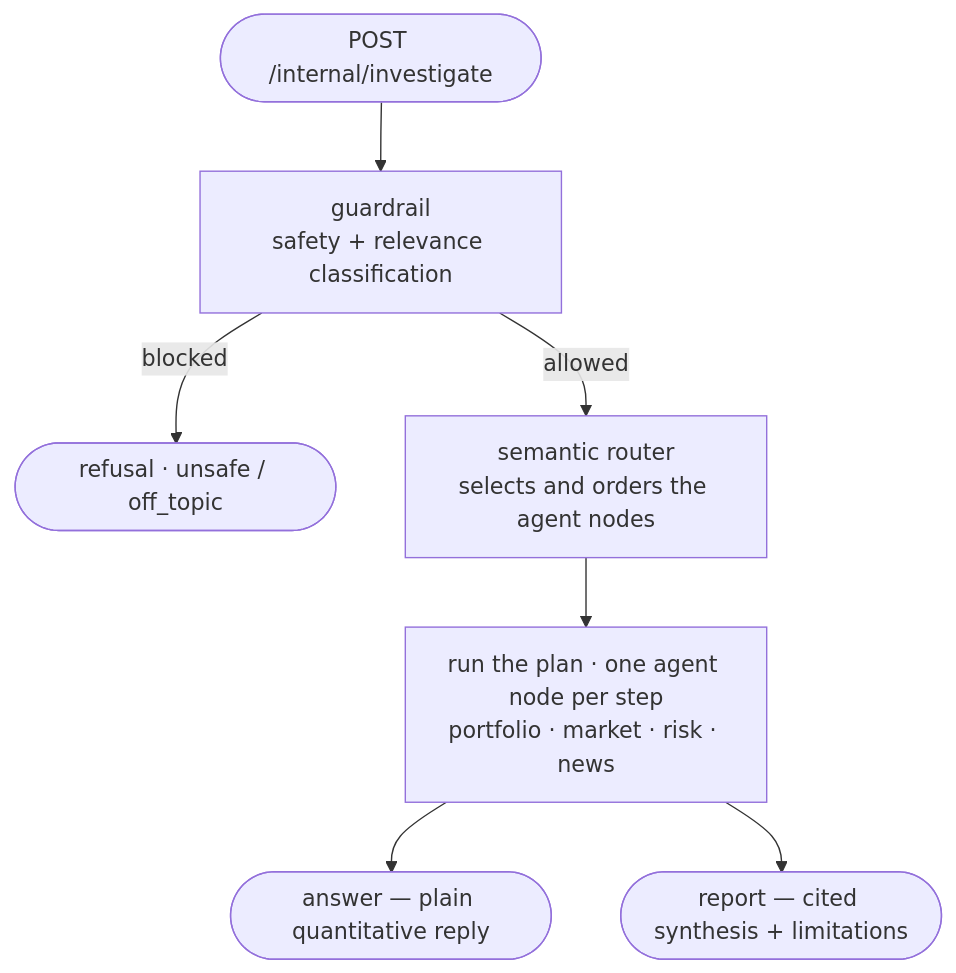
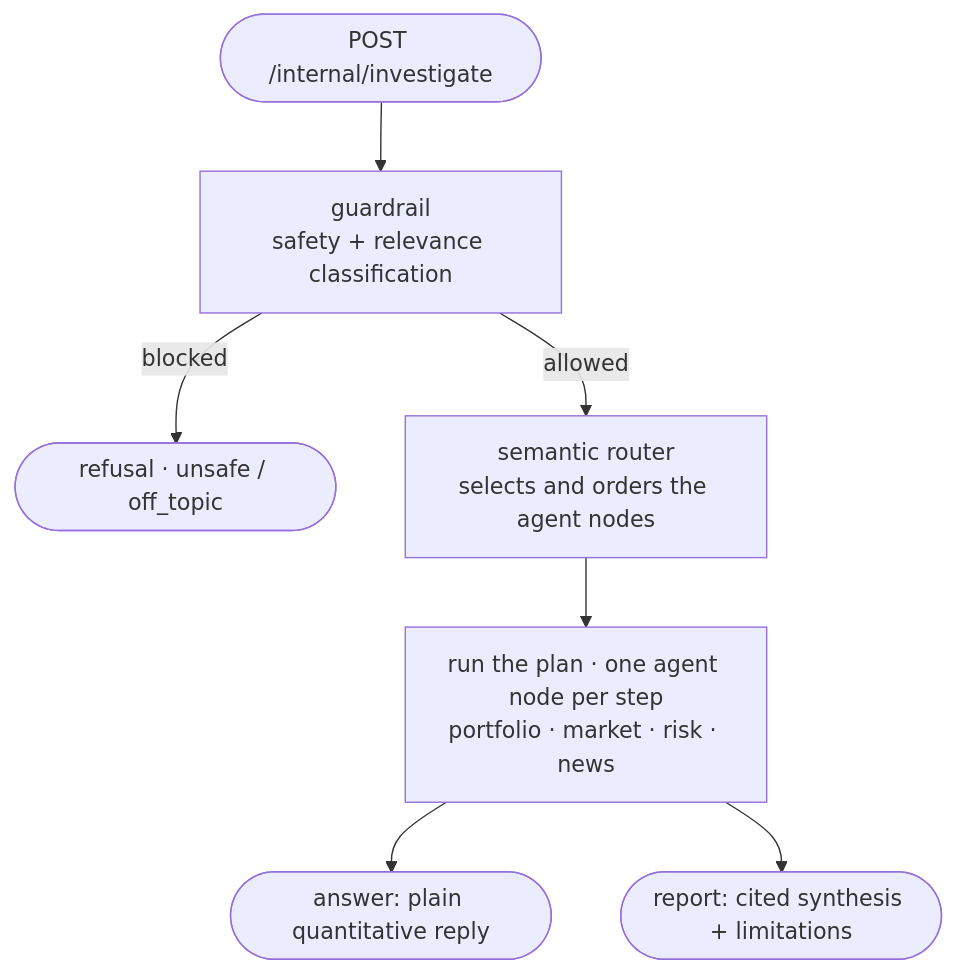
The third of 6 diagrams in README.md (rameshMonika/risklensai), drawn with Mermaid before and after one commit. The commit also changed other lines of this file, not shown here.

````diff
--- a/README.md
+++ b/README.md
@@ -357,17 +356,17 @@
 ```mermaid
 flowchart TB
   req(["POST /internal/investigate"])
   g["guardrail<br/>safety + relevance classification"]
   refuse(["refusal · unsafe / off_topic"])
   r["semantic router<br/>selects and orders the agent nodes"]
   exec["run the plan · one agent node per step<br/>portfolio · market · risk · news"]
-  ans(["answer — plain quantitative reply"])
-  rep(["report — cited synthesis + limitations"])
+  ans(["answer: plain quantitative reply"])
+  rep(["report: cited synthesis + limitations"])
 
   req --> g
   g -->|"blocked"| refuse
   g -->|"allowed"| r
   r --> exec
   exec --> ans
   exec --> rep
 ```
````
